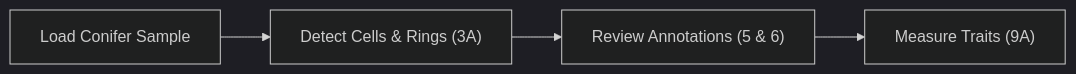
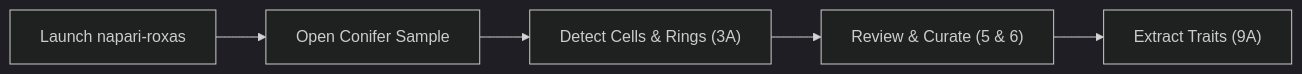
One commit to roxas-ai/napari-roxas-ai changed the first of 3 diagrams in docs/tutorials/workflows.md. Above: the diagram before and after it, drawn with Mermaid (dark theme). The commit also changed other lines of this file and 17 other files, not shown here.

````diff
--- a/docs/tutorials/workflows.md
+++ b/docs/tutorials/workflows.md
@@ -11,6 +11,7 @@
 ```mermaid
 flowchart LR
-    A["Load Conifer Sample"] --> B["Detect Cells & Rings (3A)"]
-    B --> C["Review Annotations (5 & 6)"]
-    C --> D["Measure Traits (9A)"]
+    A["Launch napari-roxas"] --> B["Open Conifer Sample"]
+    B --> C["Detect Cells & Rings (3A)"]
+    C --> D["Review & Curate (5 & 6)"]
+    D --> E["Extract Traits (9A)"]
 ```
````
